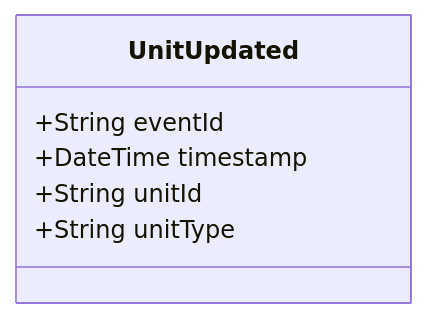
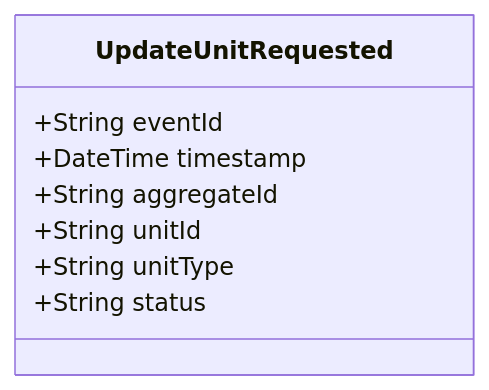
Before and after one commit to pgraff/police-system: the diagram in doc/events/UnitUpdated.md, drawn with Mermaid. The commit also changed other lines of this file and 58 other files, not shown here.

````diff
--- a/doc/events/UnitUpdated.md
+++ b/doc/events/UnitUpdated.md
@@ -9,9 +9,11 @@
 ```mermaid
 classDiagram
-    class UnitUpdated {
+    class UpdateUnitRequested {
         +String eventId
         +DateTime timestamp
+        +String aggregateId
         +String unitId
         +String unitType
+        +String status
     }
 ```
````
